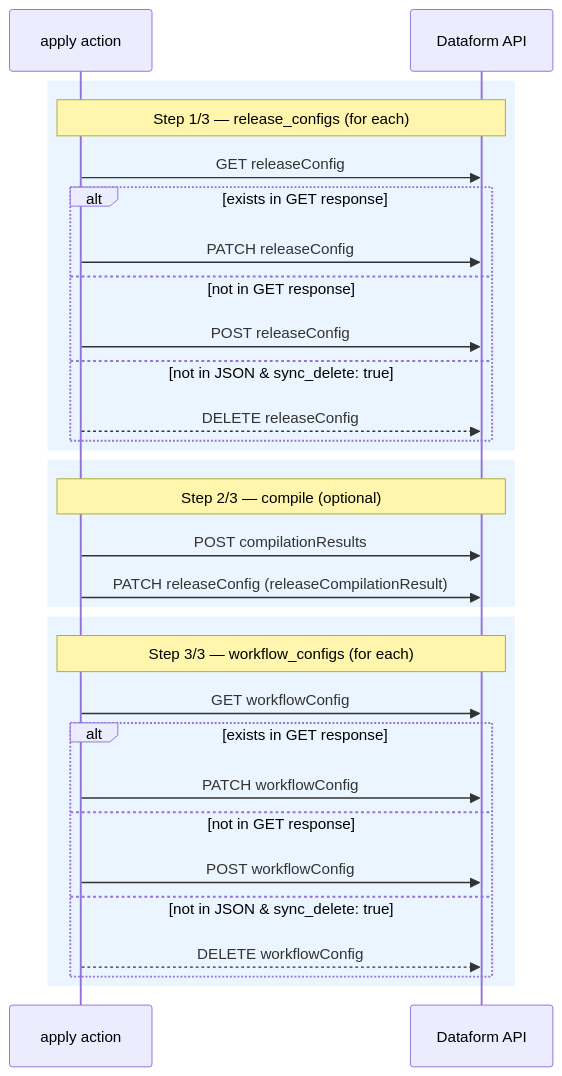
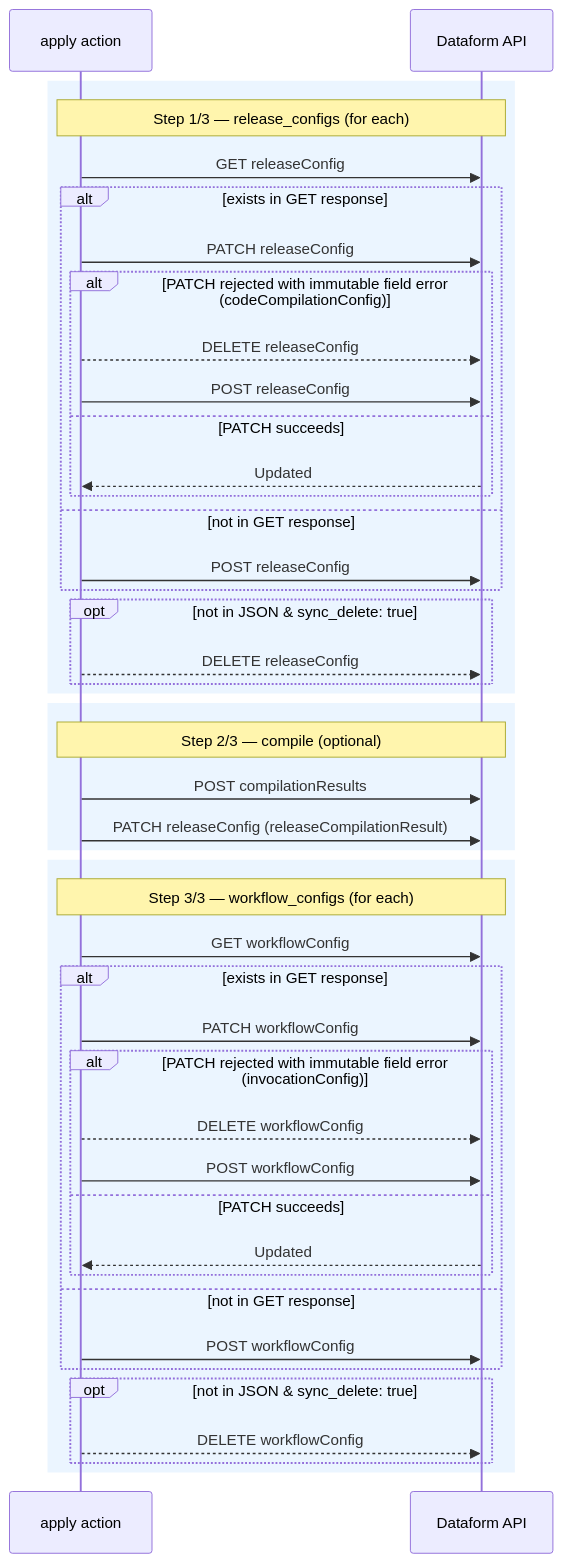
Before and after one commit to snhryt-neo/apply-dataform-workflows: the diagram in README.md, drawn with Mermaid. The commit also changed other lines of this file and 3 other files, not shown here.

````diff
--- a/README.md
+++ b/README.md
@@ -69,35 +69,49 @@
 ```mermaid
 sequenceDiagram
     participant Action as apply action
     participant API as Dataform API
 
     rect rgb(235, 245, 255)
         Note over Action,API: Step 1/3 — release_configs (for each)
         Action->>API: GET releaseConfig
         alt exists in GET response
             Action->>API: PATCH releaseConfig
+            alt PATCH rejected with immutable field error<br/>(codeCompilationConfig)
+                Action-->>API: DELETE releaseConfig
+                Action->>API: POST releaseConfig
+            else PATCH succeeds
+                API-->>Action: Updated
+            end
         else not in GET response
             Action->>API: POST releaseConfig
-        else not in JSON & sync_delete: true
+        end
+        opt not in JSON & sync_delete: true
             Action-->>API: DELETE releaseConfig
         end
     end
 
     rect rgb(235, 245, 255)
         Note over Action,API: Step 2/3 — compile (optional)
         Action->>API: POST compilationResults
         Action->>API: PATCH releaseConfig (releaseCompilationResult)
     end
 
     rect rgb(235, 245, 255)
         Note over Action,API: Step 3/3 — workflow_configs (for each)
         Action->>API: GET workflowConfig
         alt exists in GET response
             Action->>API: PATCH workflowConfig
+            alt PATCH rejected with immutable field error<br/>(invocationConfig)
+                Action-->>API: DELETE workflowConfig
+                Action->>API: POST workflowConfig
+            else PATCH succeeds
+                API-->>Action: Updated
+            end
         else not in GET response
             Action->>API: POST workflowConfig
-        else not in JSON & sync_delete: true
+        end
+        opt not in JSON & sync_delete: true
             Action-->>API: DELETE workflowConfig
         end
     end
 ```
````
